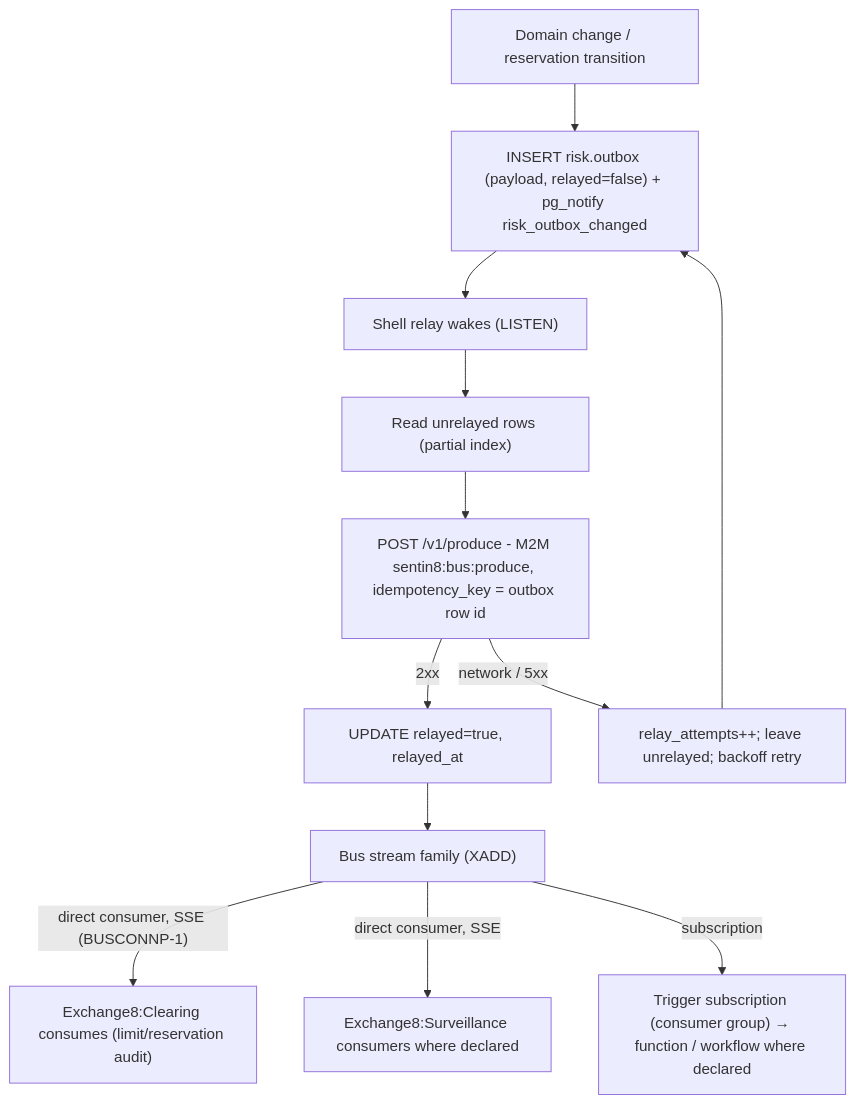
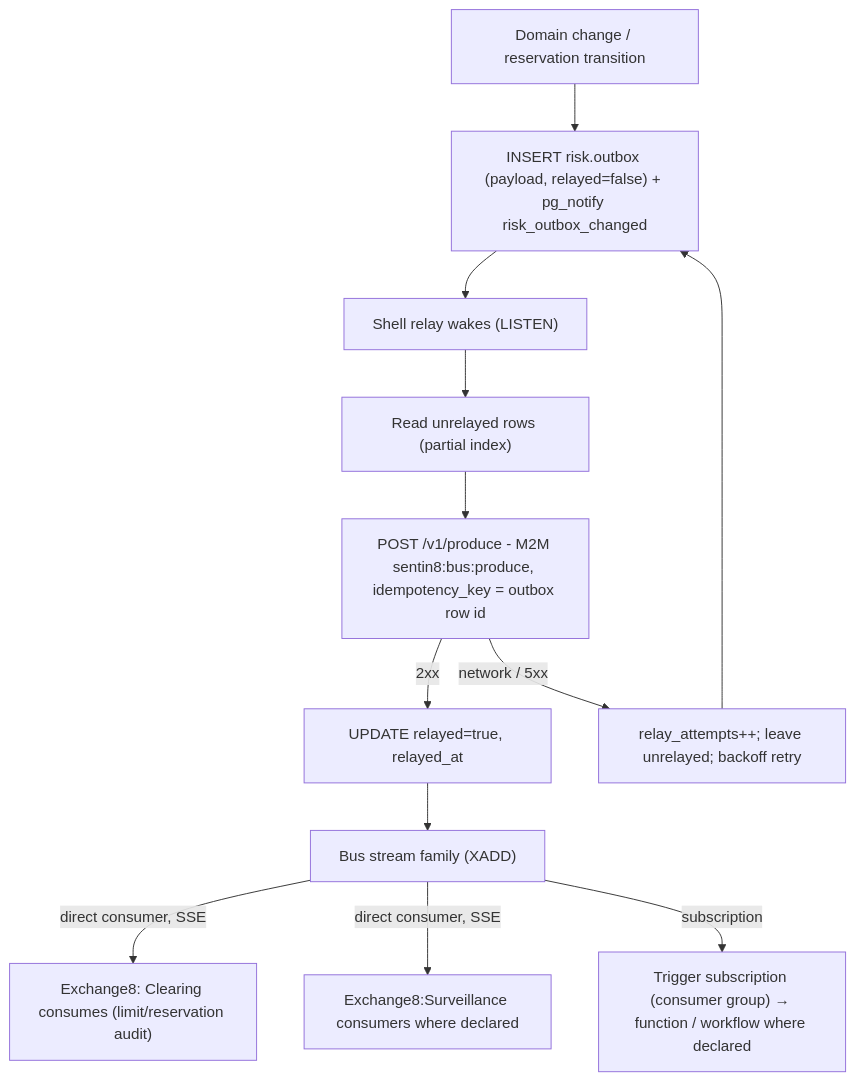
Before and after one commit to Exchange8-dev/exchange8-site: the tenth of 14 diagrams in docs/products/risk/design.md, drawn with Mermaid. The commit also changed other lines of this file and 6 other files, not shown here.

````diff
--- a/docs/products/risk/design.md
+++ b/docs/products/risk/design.md
@@ -394,14 +394,14 @@
 ```mermaid
 flowchart TD
     A["Domain change / reservation transition"] --> B["INSERT risk.outbox (payload, relayed=false) + pg_notify risk_outbox_changed"]
     B --> C["Shell relay wakes (LISTEN)"]
     C --> D["Read unrelayed rows (partial index)"]
     D --> E["POST /v1/produce - M2M sentin8:bus:produce, idempotency_key = outbox row id"]
     E -->|2xx| F["UPDATE relayed=true, relayed_at"]
     E -->|network / 5xx| G["relay_attempts++; leave unrelayed; backoff retry"]
     G --> B
     F --> H["Bus stream family (XADD)"]
-    H -->|"direct consumer, SSE (BUSCONNP-1)"| I1["Exchange8:Clearing consumes (limit/reservation audit)"]
+    H -->|"direct consumer, SSE "| I1["Exchange8: Clearing consumes (limit/reservation audit)"]
     H -->|direct consumer, SSE| I2["Exchange8:Surveillance consumers where declared"]
     H -->|subscription| I3["Trigger subscription (consumer group) → function / workflow where declared"]
 ```
````
